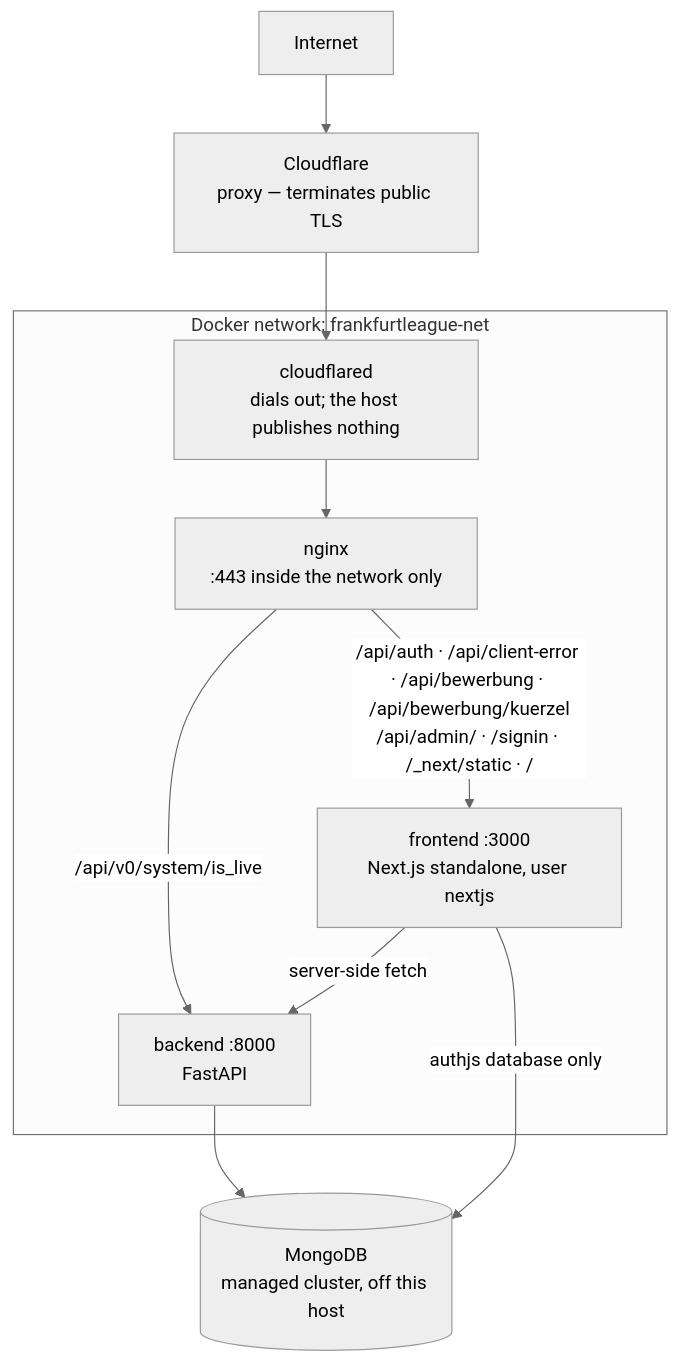
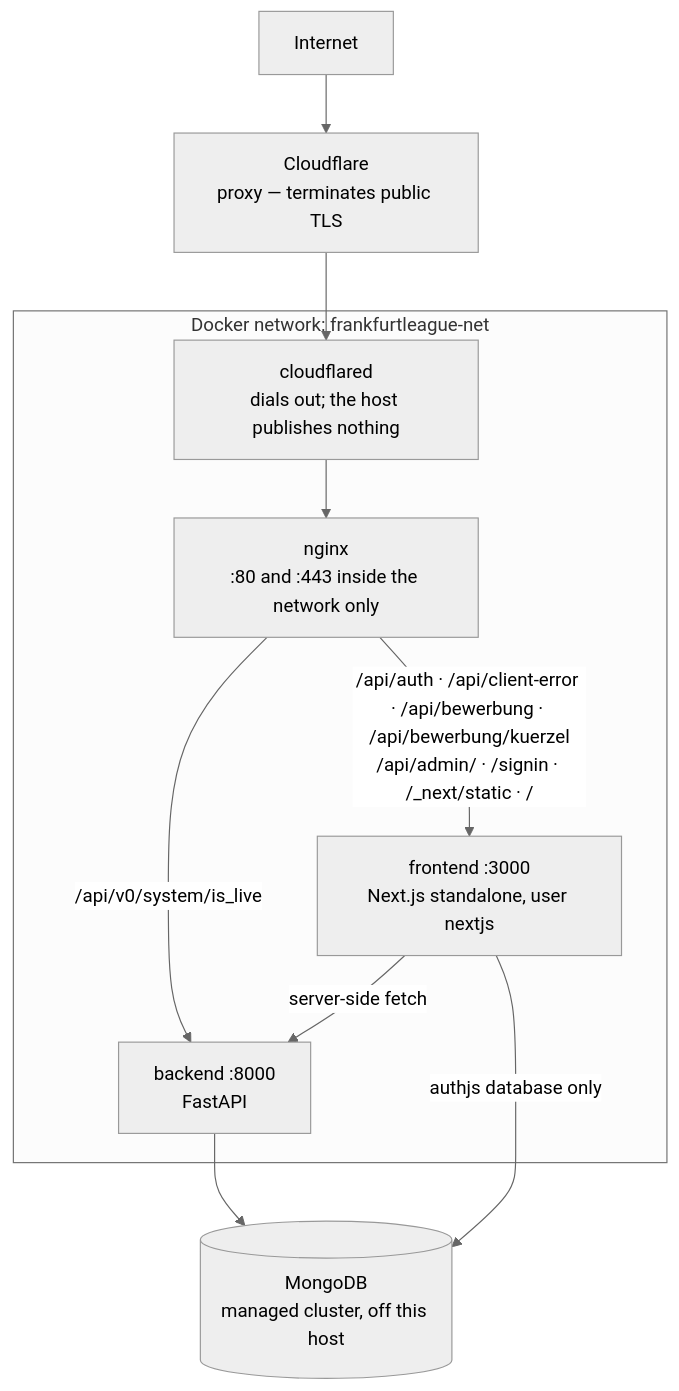
One commit to felzab/frankfurtleague changed the diagram in docs/ops/overview.md. Above: the diagram before and after it, drawn with Mermaid (neutral theme). The commit also changed 3 other files, not shown here.

````diff
--- a/docs/ops/overview.md
+++ b/docs/ops/overview.md
@@ -11,23 +11,23 @@
 ```mermaid
 graph TB
     internet["Internet"]
     cf["Cloudflare<br/>proxy — terminates public TLS"]
 
     subgraph net["Docker network: frankfurtleague-net"]
         connector["cloudflared<br/>dials out; the host publishes nothing"]
-        nginx["nginx<br/>:443 inside the network only"]
+        nginx["nginx<br/>:80 and :443 inside the network only"]
         fe["frontend :3000<br/>Next.js standalone, user nextjs"]
         be["backend :8000<br/>FastAPI"]
     end
 
     mongo[("MongoDB<br/>managed cluster, off this host")]
 
     internet --> cf
     cf --> connector
     connector --> nginx
     nginx -->|"/api/v0/system/is_live"| be
     nginx -->|"/api/auth · /api/client-error · /api/bewerbung · /api/bewerbung/kuerzel<br/>/api/admin/ · /signin · /_next/static · /"| fe
     fe -->|"server-side fetch"| be
     fe -->|"authjs database only"| mongo
     be --> mongo
 ```
````
